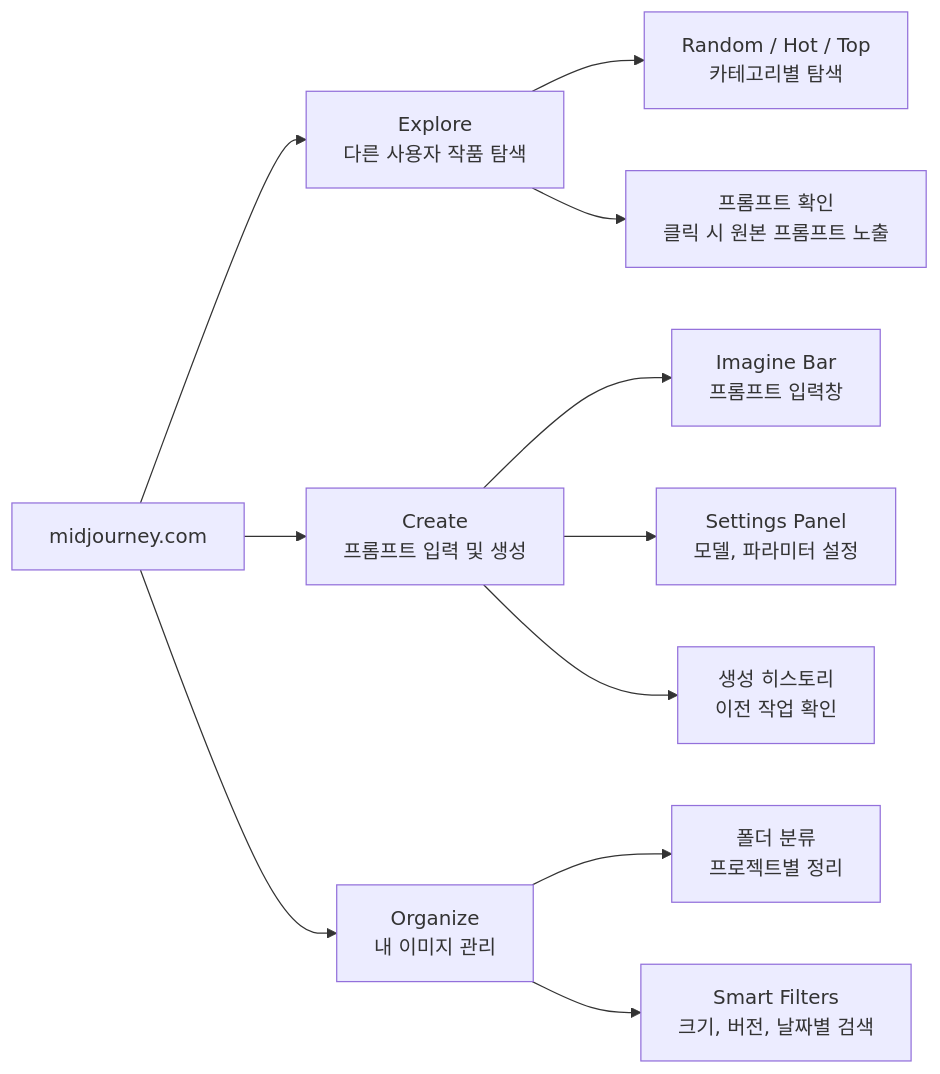
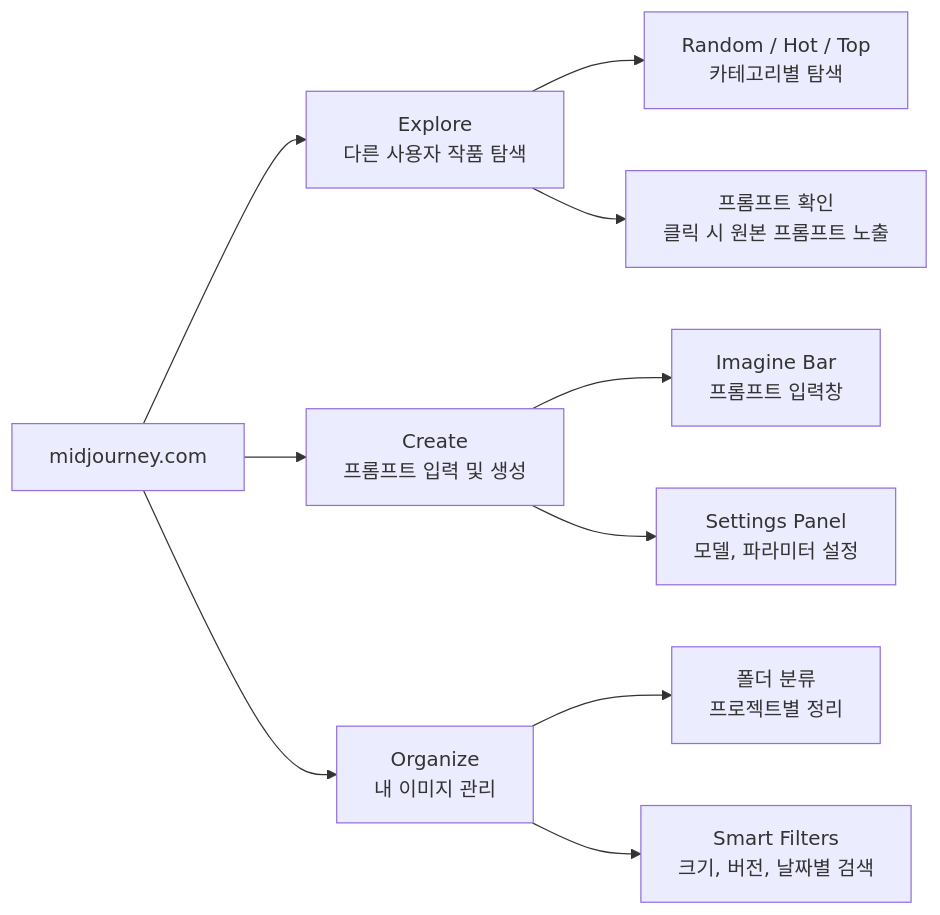
One commit to jsonpassion/forge-tutorial-promptcanvas changed the first of 3 diagrams in 05-ch5-midjourney-기본과-파라미터-튜닝/01-01-midjourney-인터페이스와-기본-생성.md. Above: the diagram before and after it, drawn with Mermaid. The commit also changed other lines of this file and 63 other files, not shown here.

````diff
--- a/05-ch5-midjourney-기본과-파라미터-튜닝/01-01-midjourney-인터페이스와-기본-생성.md
+++ b/05-ch5-midjourney-기본과-파라미터-튜닝/01-01-midjourney-인터페이스와-기본-생성.md
@@ -38,14 +13,13 @@
 ```mermaid
 flowchart LR
     M["midjourney.com"] --> E["Explore<br/>다른 사용자 작품 탐색"]
     M --> C["Create<br/>프롬프트 입력 및 생성"]
     M --> O["Organize<br/>내 이미지 관리"]
-    
+
     E --> E1["Random / Hot / Top<br/>카테고리별 탐색"]
     E --> E2["프롬프트 확인<br/>클릭 시 원본 프롬프트 노출"]
     C --> C1["Imagine Bar<br/>프롬프트 입력창"]
     C --> C2["Settings Panel<br/>모델, 파라미터 설정"]
-    C --> C3["생성 히스토리<br/>이전 작업 확인"]
     O --> O1["폴더 분류<br/>프로젝트별 정리"]
     O --> O2["Smart Filters<br/>크기, 버전, 날짜별 검색"]
 ```
````
